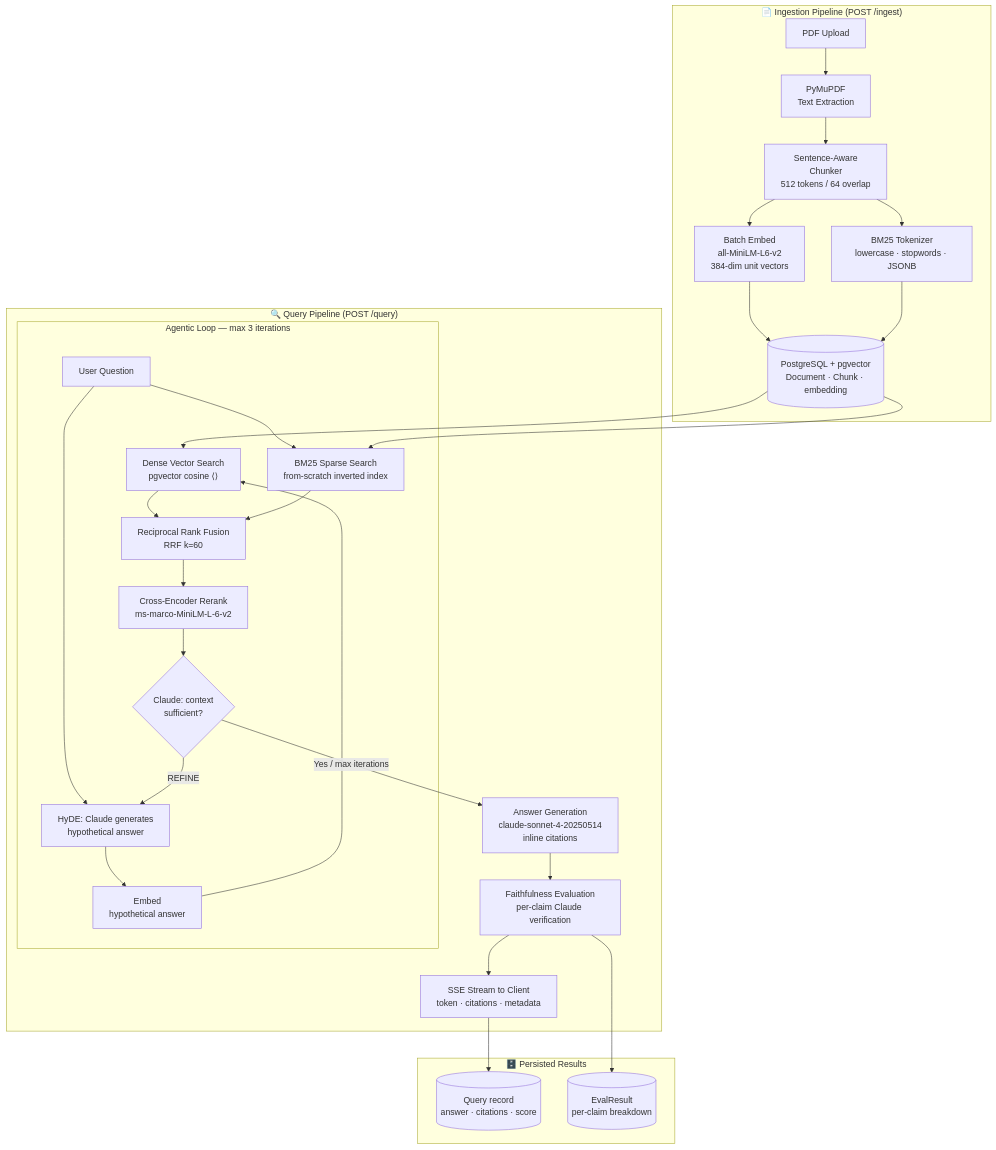
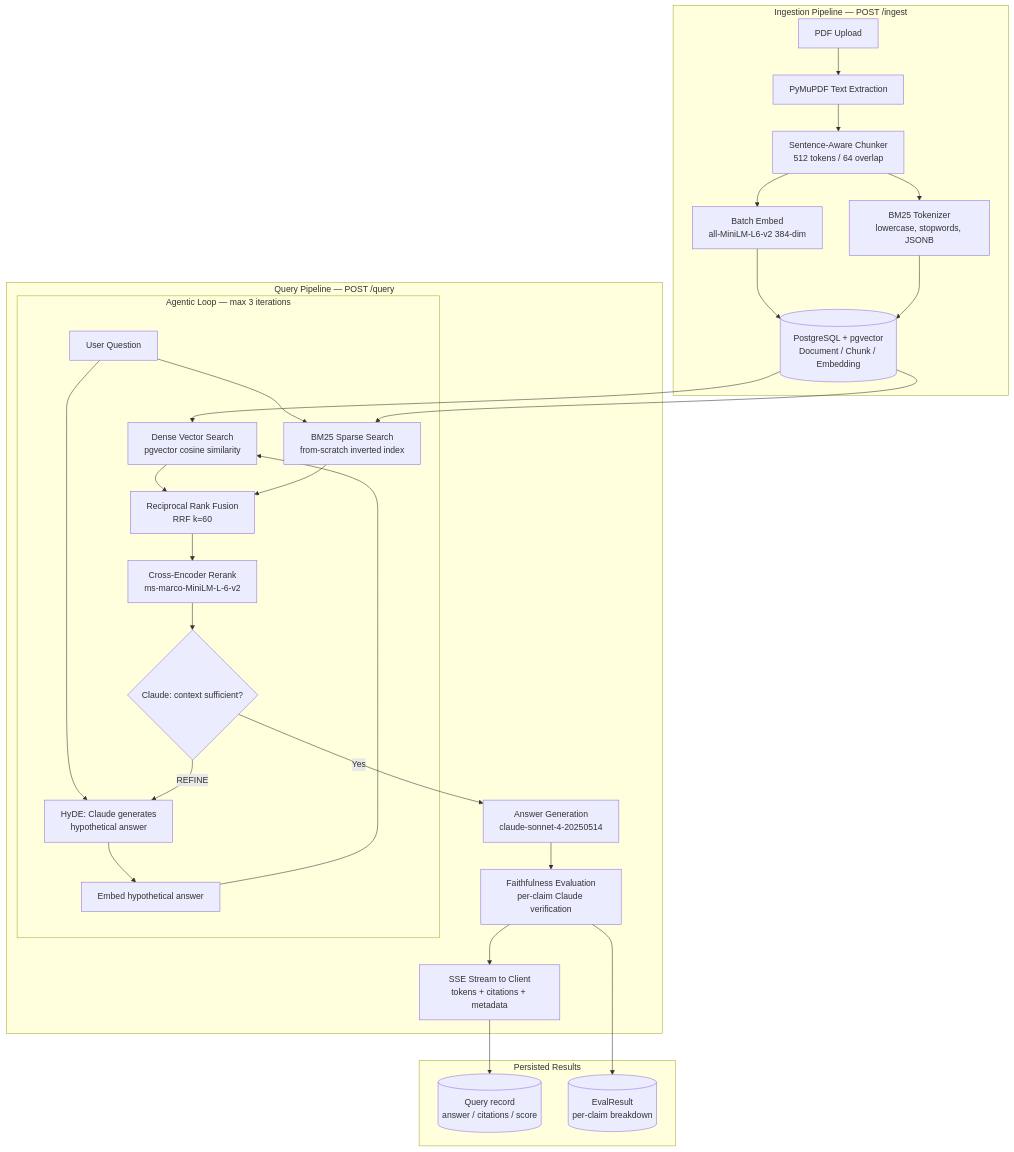
One commit to duhawk/Scholarly_proj changed the diagram in README.md. Above: the diagram before and after it, drawn with Mermaid.

Commit message:
adjusted Readme.md again

````diff
--- a/README.md
+++ b/README.md
@@ -255,38 +255,38 @@
 ```mermaid
 flowchart TD
-    subgraph Ingestion["📄 Ingestion Pipeline (POST /ingest)"]
-        A[PDF Upload] --> B[PyMuPDF\nText Extraction]
-        B --> C[Sentence-Aware\nChunker\n512 tokens / 64 overlap]
-        C --> D[Batch Embed\nall-MiniLM-L6-v2\n384-dim unit vectors]
-        C --> E[BM25 Tokenizer\nlowercase · stopwords · JSONB]
-        D --> F[(PostgreSQL + pgvector\nDocument · Chunk · embedding)]
+    subgraph Ingestion["Ingestion Pipeline — POST /ingest"]
+        A[PDF Upload] --> B[PyMuPDF Text Extraction]
+        B --> C[Sentence-Aware Chunker<br/>512 tokens / 64 overlap]
+        C --> D[Batch Embed<br/>all-MiniLM-L6-v2 384-dim]
+        C --> E[BM25 Tokenizer<br/>lowercase, stopwords, JSONB]
+        D --> F[(PostgreSQL + pgvector<br/>Document / Chunk / Embedding)]
         E --> F
     end
 
-    subgraph Query["🔍 Query Pipeline (POST /query)"]
-        G[User Question] --> H
+    subgraph Query["Query Pipeline — POST /query"]
+        G[User Question] --> H[HyDE: Claude generates<br/>hypothetical answer]
 
         subgraph AgLoop["Agentic Loop — max 3 iterations"]
-            H[HyDE: Claude generates\nhypothetical answer] --> I[Embed\nhypothetical answer]
-            I --> J[Dense Vector Search\npgvector cosine ⟨⟩]
-            G --> K[BM25 Sparse Search\nfrom-scratch inverted index]
-            J --> L[Reciprocal Rank Fusion\nRRF k=60]
+            H --> I[Embed hypothetical answer]
+            I --> J[Dense Vector Search<br/>pgvector cosine similarity]
+            G --> K[BM25 Sparse Search<br/>from-scratch inverted index]
+            J --> L[Reciprocal Rank Fusion<br/>RRF k=60]
             K --> L
-            L --> M[Cross-Encoder Rerank\nms-marco-MiniLM-L-6-v2]
-            M --> N{Claude: context\nsufficient?}
+            L --> M[Cross-Encoder Rerank<br/>ms-marco-MiniLM-L-6-v2]
+            M --> N{Claude: context sufficient?}
             N -- REFINE --> H
         end
 
-        N -- Yes / max iterations --> O[Answer Generation\nclaude-sonnet-4-20250514\ninline citations]
-        O --> P[Faithfulness Evaluation\nper-claim Claude verification]
-        P --> Q[SSE Stream to Client\ntoken · citations · metadata]
+        N -- Yes --> O[Answer Generation<br/>claude-sonnet-4-20250514]
+        O --> P[Faithfulness Evaluation<br/>per-claim Claude verification]
+        P --> Q[SSE Stream to Client<br/>tokens + citations + metadata]
     end
 
     F --> J
     F --> K
 
-    subgraph Storage["🗄️ Persisted Results"]
-        Q --> R[(Query record\nanswer · citations · score)]
-        P --> S[(EvalResult\nper-claim breakdown)]
+    subgraph Persistence["Persisted Results"]
+        Q --> R[(Query record<br/>answer / citations / score)]
+        P --> S[(EvalResult<br/>per-claim breakdown)]
     end
 ```
````
